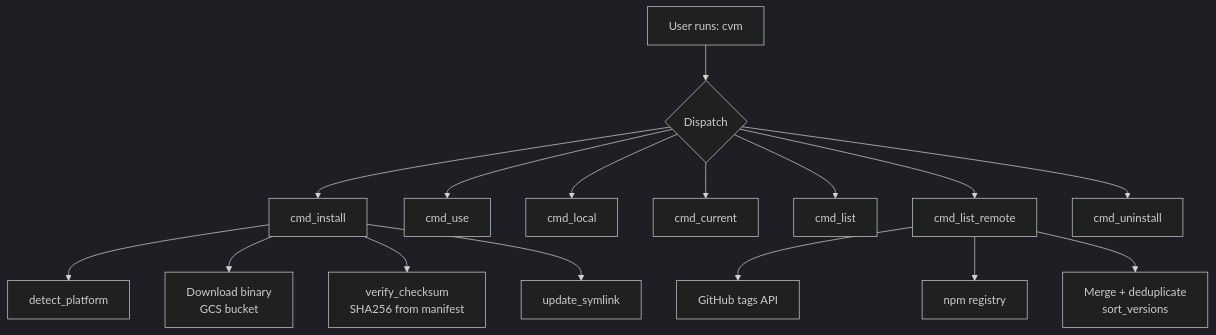
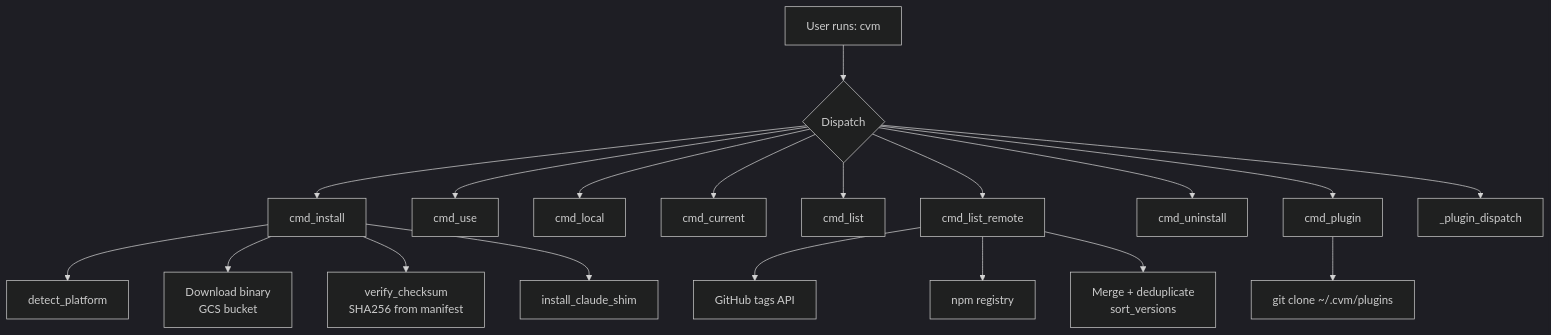
Before and after one commit to alexandernicholson/cvm: the second of 2 diagrams in README.md, drawn with Mermaid (dark theme). The commit also changed other lines of this file and 8 other files, not shown here.

First line of the commit message:
feat: add plugin manager and env-hook claude wrapper

````diff
--- a/README.md
+++ b/README.md
@@ -173,22 +205,25 @@
 ```mermaid
 graph TD
     U["User runs: cvm <command>"]
     U --> D{Dispatch}
 
     D --> I[cmd_install]
     D --> US[cmd_use]
     D --> L[cmd_local]
     D --> CU[cmd_current]
     D --> LS[cmd_list]
     D --> LR[cmd_list_remote]
     D --> UN[cmd_uninstall]
+    D --> PL[cmd_plugin]
+    D --> PD2[_plugin_dispatch]
 
     I --> PD[detect_platform]
     I --> DL["Download binary<br>GCS bucket"]
     I --> CV[verify_checksum<br>SHA256 from manifest]
-    I --> SYM[update_symlink]
+    I --> SYM[install_claude_shim]
 
     LR --> GH["GitHub tags API"]
     LR --> NP["npm registry"]
     LR --> MR[Merge + deduplicate<br>sort_versions]
+    PL --> GI["git clone ~/.cvm/plugins"]
 ```
````
